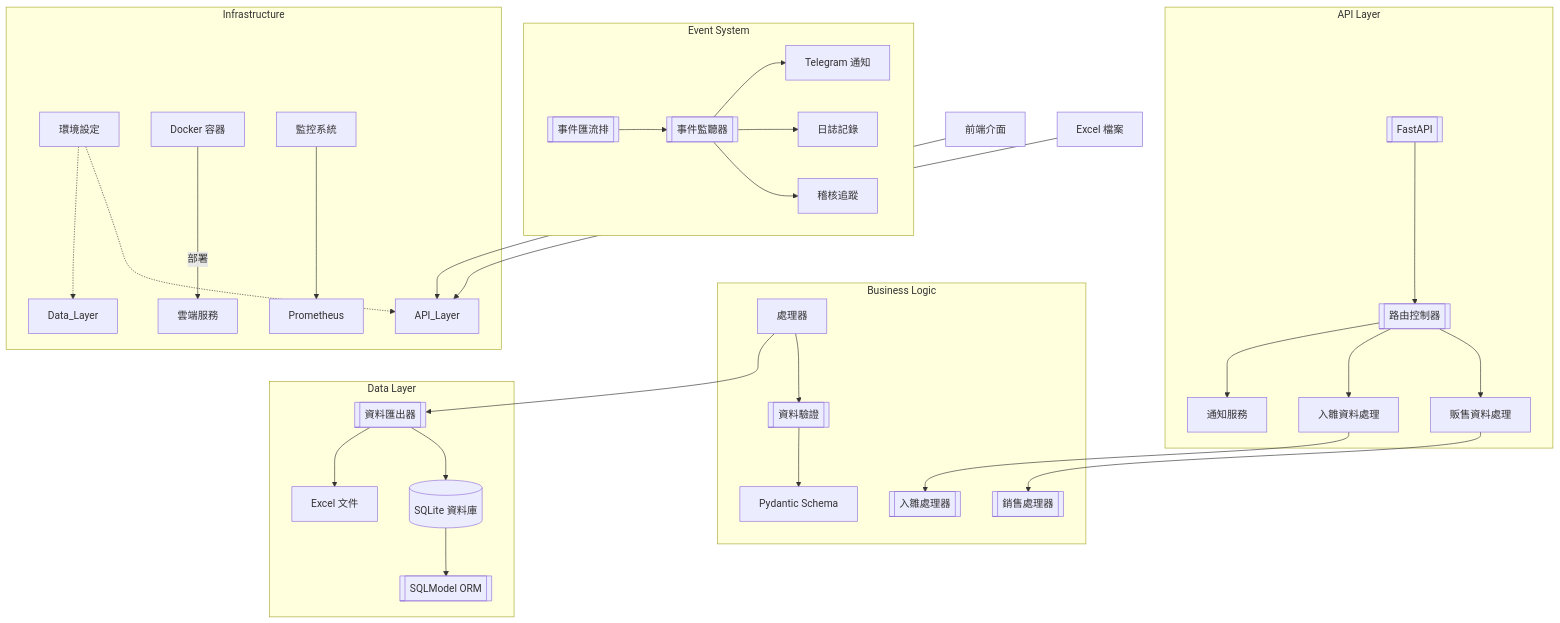
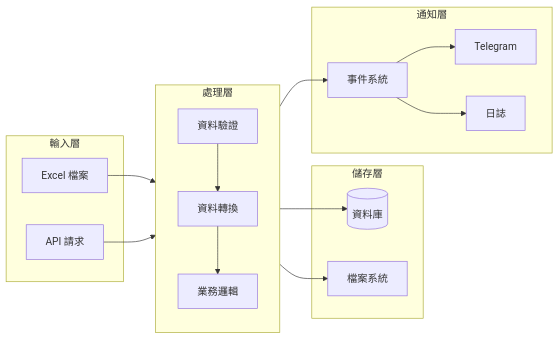
One commit to gurumfj/date-calculator-htmx changed the sixth of 7 diagrams in docs/structure.md. Above: the diagram before and after it, drawn with Mermaid. The commit also changed other lines of this file, not shown here.

First line of the commit message:
Update system architecture documentation with comprehensive layered design overview

````diff
--- a/docs/structure.md
+++ b/docs/structure.md
@@ -644,40 +248,35 @@
 ```mermaid
-flowchart TD
-    subgraph API Layer
-        FastAPI[[FastAPI]] --> Router[[路由控制器]]
-        Router --> SalesHandler[販售資料處理]
-        Router --> BreedsHandler[入雛資料處理]
-        Router --> NotificationHandler[通知服務]
+flowchart LR
+    subgraph Input[輸入層]
+        Excel[Excel 檔案]
+        API[API 請求]
     end
 
-    subgraph Business Logic
-        SalesHandler --> SalesProcessor[[銷售處理器]]
-        BreedsHandler --> BreedsProcessor[[入雛處理器]]
-        Processor[處理器] --> Validator[[資料驗證]]
-        Validator --> Schema[Pydantic Schema]
+    subgraph Process[處理層]
+        direction TB
+        Validation[資料驗證]
+        Transform[資料轉換]
+        Business[業務邏輯]
     end
 
-    subgraph Data Layer
-        Processor --> Exporter[[資料匯出器]]
-        Exporter --> SQLite[(SQLite 資料庫)]
-        Exporter --> Excel[Excel 文件]
-        SQLite --> ORM[[SQLModel ORM]]
+    subgraph Storage[儲存層]
+        DB[(資料庫)]
+        File[檔案系統]
     end
 
-    subgraph Event System
-        EventBus[[事件匯流排]] --> Listener[[事件監聽器]]
-        Listener --> TelegramNotifier[Telegram 通知]
-        Listener --> Logging[日誌記錄]
-        Listener --> Audit[稽核追蹤]
+    subgraph Notification[通知層]
+        Event[事件系統]
+        Telegram[Telegram]
+        Log[日誌]
     end
 
-    subgraph Infrastructure
-        Config[環境設定] -.-> API_Layer
-        Config -.-> Data_Layer
-        Docker[Docker 容器] -->|部署| Cloud[雲端服務]
-        Monitoring[監控系統] --> Prometheus[Prometheus]
-    end
-
-    User[前端介面] --> API_Layer
-    FileUpload[Excel 檔案] --> API_Layer
+    Excel --> Validation
+    API --> Validation
+    Validation --> Transform
+    Transform --> Business
+    Business --> DB
+    Business --> File
+    Business --> Event
+    Event --> Telegram
+    Event --> Log
 ```
````
